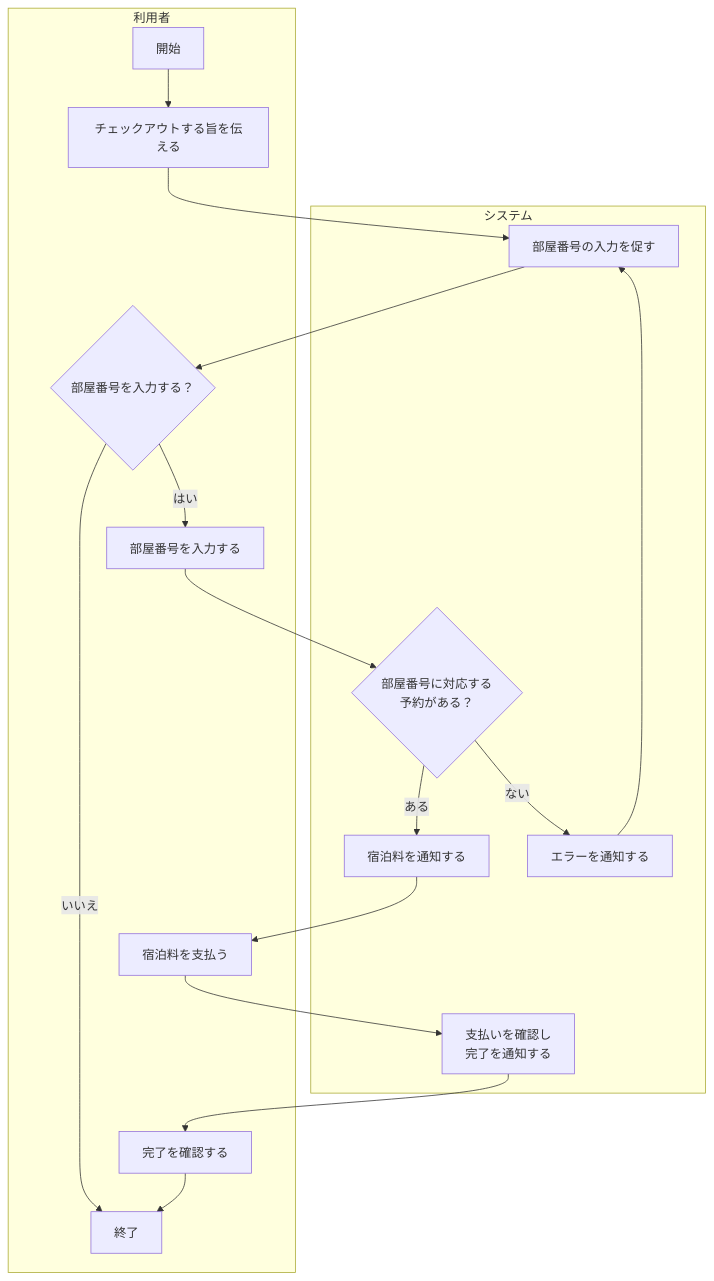
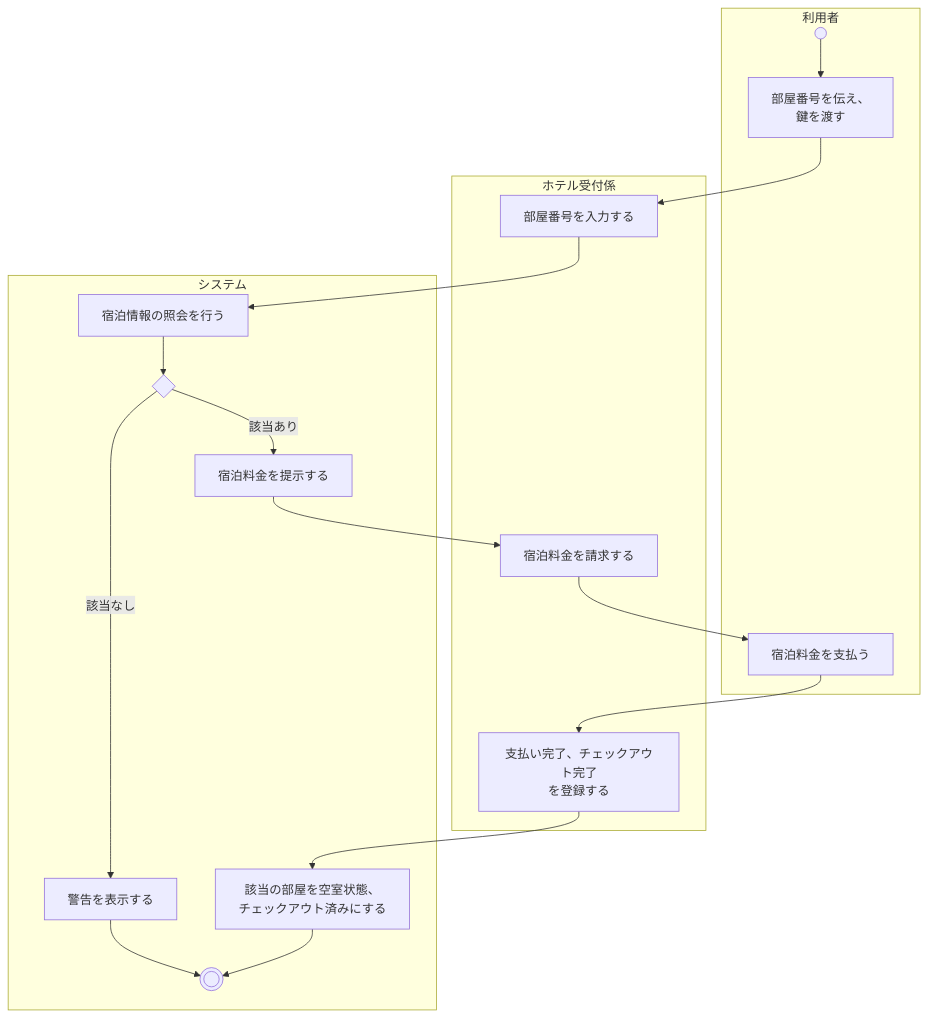
Before and after one commit to Kohki-tyl/HRS: the fourth of 4 diagrams in Requirements_Analysis.md, drawn with Mermaid. The commit also changed other lines of this file, not shown here.

Commit message:
ユースケース図、アクティビティ図の訂正。

````diff
--- a/Requirements_Analysis.md
+++ b/Requirements_Analysis.md
@@ -203,25 +243,38 @@
 ```mermaid
 flowchart TD
+    %% パーティション（スイムレーン）の定義
     subgraph U[利用者]
-        C0[開始]
-        C1[チェックアウトする旨を伝える]
-        C3{部屋番号を入力する？<br/>}
-        C4[部屋番号を入力する]
-        C7[宿泊料を支払う]
-        C9[完了を確認する]
-        C10[終了]
-    
+        A0(( )) --> U1["部屋番号を伝え、<br/>鍵を渡す"]
+        U2[宿泊料金を支払う]
     end
+
+    subgraph C[ホテル受付係]
+        C1[部屋番号を入力する]
+        C2[宿泊料金を請求する]
+        C3["支払い完了、チェックアウト完了<br/>を登録する"]
+    end
+
     subgraph S[システム]
-        C2[部屋番号の入力を促す]
-        C5{部屋番号に対応する<br/>予約がある？}
-        C6[宿泊料を通知する]
-        C8[支払いを確認し<br/>完了を通知する]
-        C11[エラーを通知する]
+        S1[宿泊情報の照会を行う]
+        S2{ }
+        S3[宿泊料金を提示する]
+        S4[警告を表示する]
+        S5["該当の部屋を空室状態、<br/>チェックアウト済みにする"] --> A1((( )))
     end
-    C0 --> C1 --> C2 --> C3
-    C3 -->|はい| C4 --> C5
-    C3 -->|いいえ| C10
-    C5 -->|ある| C6 --> C7 --> C8 --> C9 --> C10 
-    C5 -->|ない| C11 --> C2
+
+    %% コントロールフローの定義
+    U1 --> C1
+    C1 --> S1
+    S1 --> S2
+
+    %% 条件分岐：該当ありルート
+    S2 -->|該当あり| S3
+    S3 --> C2
+    C2 --> U2
+    U2 --> C3
+    C3 --> S5
+
+    %% 条件分岐：該当なしルート
+    S2 -->|該当なし| S4
+    S4 --> A1
 ```
````
